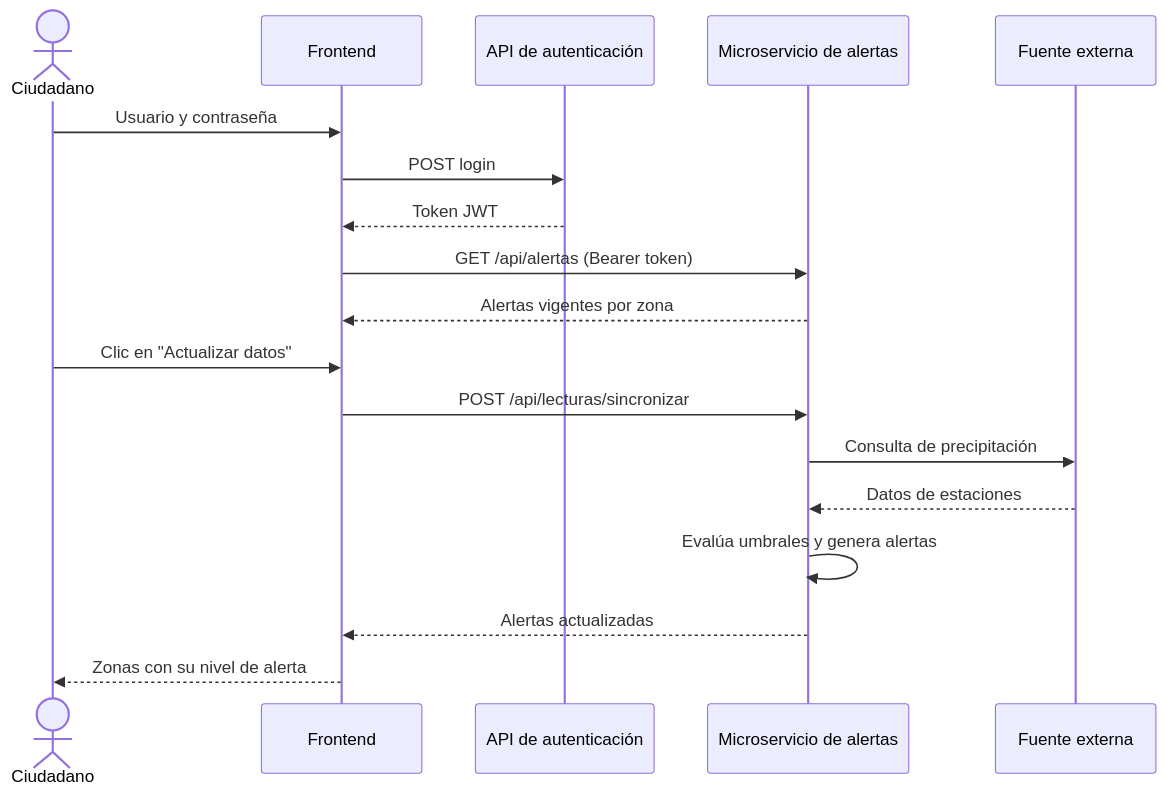
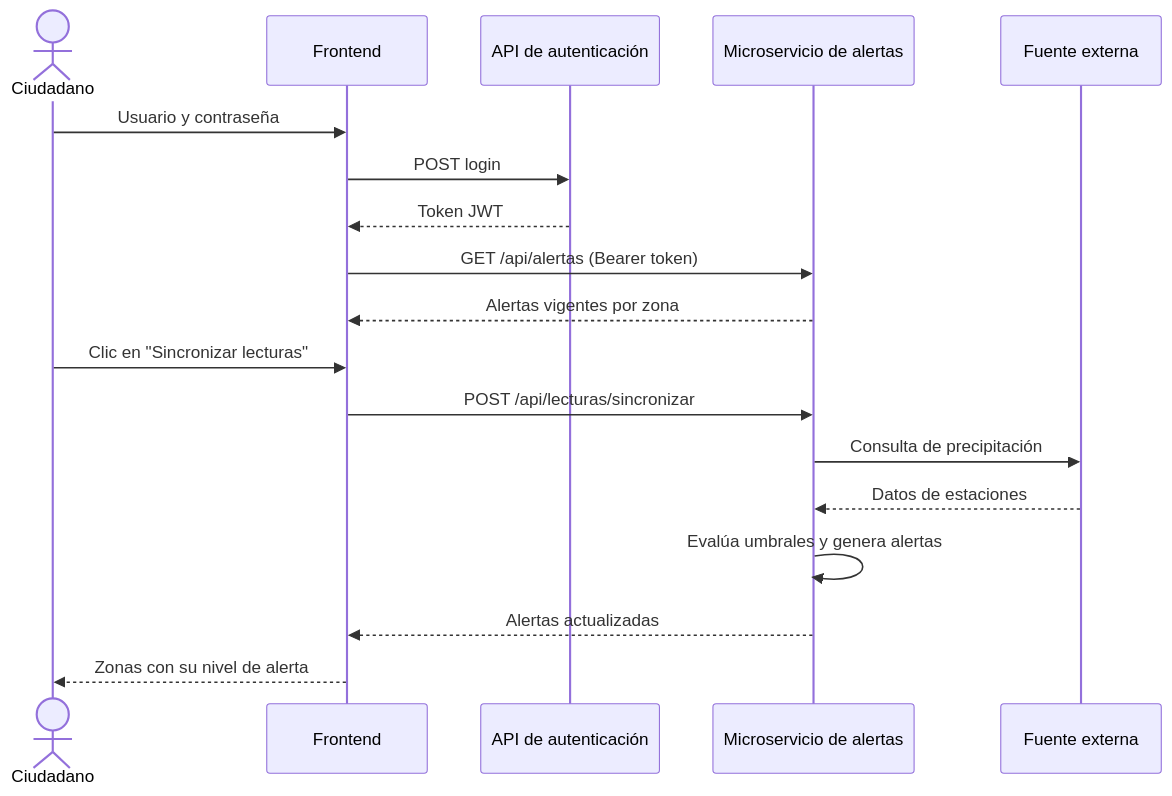
Before and after one commit to aleprz-afk/SisAlert: the second of 2 diagrams in docs/aplicacion.md, drawn with Mermaid. The commit also changed other lines of this file and 4 other files, not shown here.

````diff
--- a/docs/aplicacion.md
+++ b/docs/aplicacion.md
@@ -290,21 +311,21 @@
 ```mermaid
 sequenceDiagram
     actor C as Ciudadano
     participant F as Frontend
     participant A as API de autenticación
     participant S as Microservicio de alertas
     participant E as Fuente externa
 
     C->>F: Usuario y contraseña
     F->>A: POST login
     A-->>F: Token JWT
     F->>S: GET /api/alertas (Bearer token)
     S-->>F: Alertas vigentes por zona
-    C->>F: Clic en "Actualizar datos"
+    C->>F: Clic en "Sincronizar lecturas"
     F->>S: POST /api/lecturas/sincronizar
     S->>E: Consulta de precipitación
     E-->>S: Datos de estaciones
     S->>S: Evalúa umbrales y genera alertas
     S-->>F: Alertas actualizadas
     F-->>C: Zonas con su nivel de alerta
 ```
````
